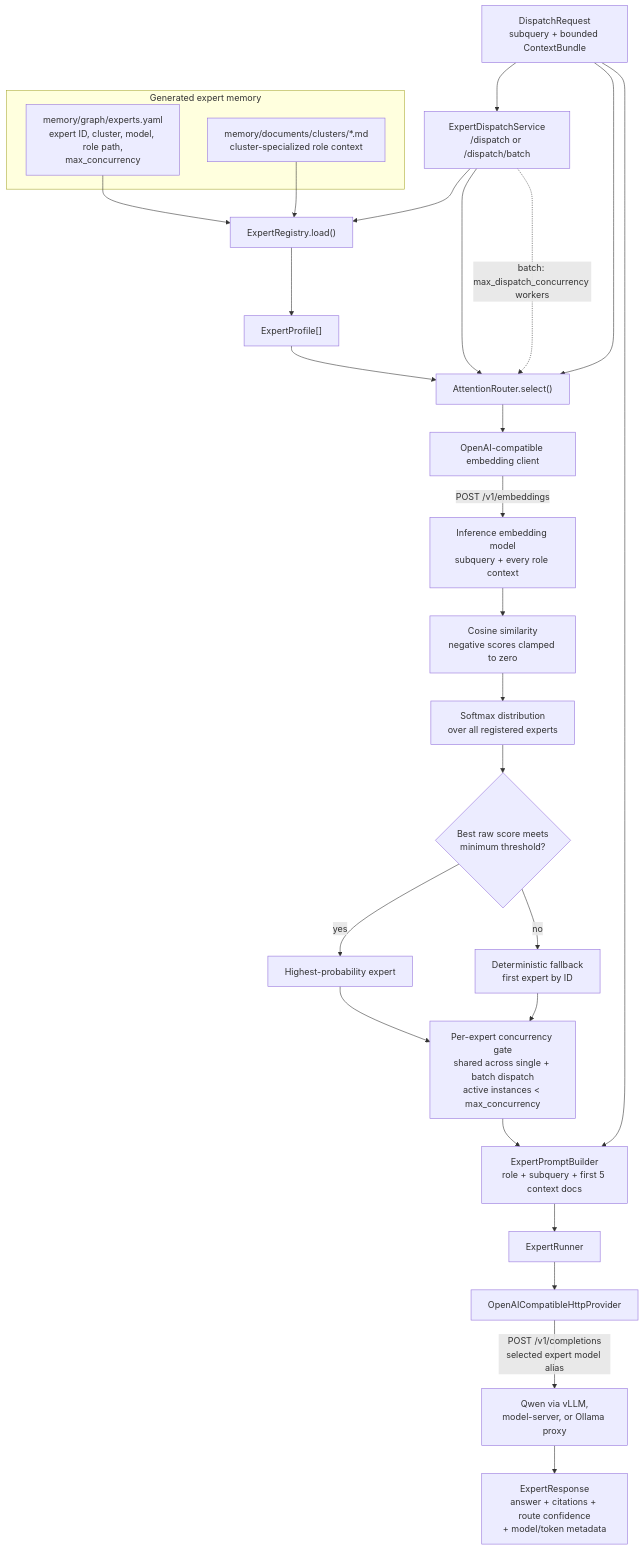
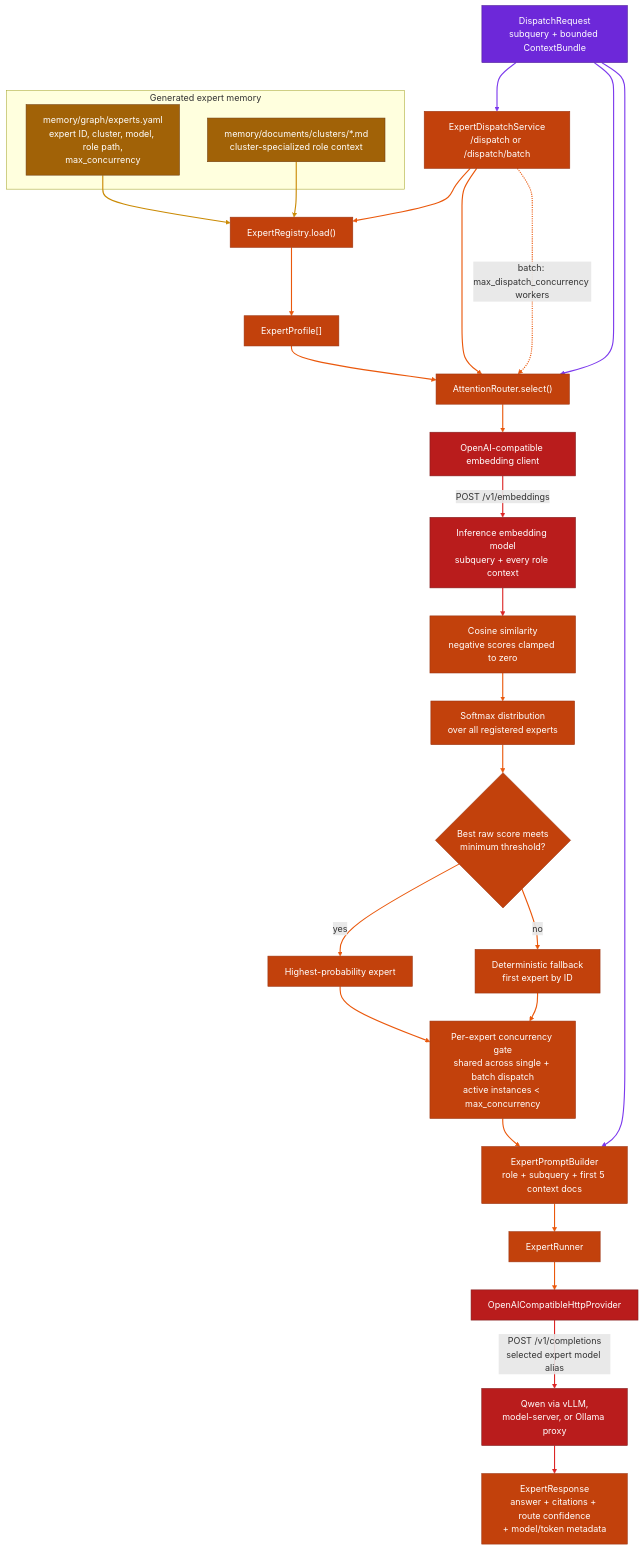
One commit to ForestDweller014/Dullahan changed the second of 4 diagrams in README.md. Above: the diagram before and after it, drawn with Mermaid. The commit also changed other lines of this file, not shown here.

First line of the commit message:
docs: Color-code architecture diagrams

````diff
--- a/README.md
+++ b/README.md
@@ -93,36 +120,51 @@
 ```mermaid
 flowchart TB
     Request["DispatchRequest<br/>subquery + bounded ContextBundle"] --> Service["ExpertDispatchService<br/>/dispatch or /dispatch/batch"]
 
     subgraph RegistryData["Generated expert memory"]
         ExpertsYaml["memory/graph/experts.yaml<br/>expert ID, cluster, model, role path,<br/>max_concurrency"]
         RoleDocs["memory/documents/clusters/*.md<br/>cluster-specialized role context"]
     end
 
     Service --> Registry["ExpertRegistry.load()"]
     ExpertsYaml --> Registry
     RoleDocs --> Registry
     Registry --> Profiles["ExpertProfile[]"]
 
     Service --> Router["AttentionRouter.select()"]
     Request --> Router
     Profiles --> Router
     Router --> EmbedClient["OpenAI-compatible embedding client"]
     EmbedClient -->|"POST /v1/embeddings"| EmbeddingModel["Inference embedding model<br/>subquery + every role context"]
     EmbeddingModel --> Similarity["Cosine similarity<br/>negative scores clamped to zero"]
     Similarity --> Softmax["Softmax distribution<br/>over all registered experts"]
     Softmax --> Threshold{"Best raw score meets<br/>minimum threshold?"}
     Threshold -->|"yes"| TopExpert["Highest-probability expert"]
     Threshold -->|"no"| Fallback["Deterministic fallback<br/>first expert by ID"]
 
     TopExpert --> Gate["Per-expert concurrency gate<br/>shared across single + batch dispatch<br/>active instances &lt; max_concurrency"]
     Fallback --> Gate
     Gate --> Prompt
     Request --> Prompt["ExpertPromptBuilder<br/>role + subquery + first 5 context docs"]
     Prompt --> Runner["ExpertRunner"]
     Runner --> Provider["OpenAICompatibleHttpProvider"]
     Provider -->|"POST /v1/completions<br/>selected expert model alias"| Generation["Qwen via vLLM,<br/>model-server, or Ollama proxy"]
     Generation --> Response["ExpertResponse<br/>answer + citations + route confidence<br/>+ model/token metadata"]
 
     Service -. "batch: max_dispatch_concurrency workers" .-> Router
+
+    class Request orchestration
+    class Service,Registry,Profiles,Router,Similarity,Softmax,Threshold,TopExpert,Fallback,Gate,Prompt,Runner,Response dispatchLayer
+    class ExpertsYaml,RoleDocs memoryLayer
+    class EmbedClient,EmbeddingModel,Provider,Generation inferenceLayer
+
+    classDef orchestration fill:#6D28D9,stroke:#4C1D95,color:#FFFFFF
+    classDef dispatchLayer fill:#C2410C,stroke:#9A3412,color:#FFFFFF
+    classDef inferenceLayer fill:#B91C1C,stroke:#7F1D1D,color:#FFFFFF
+    classDef memoryLayer fill:#A16207,stroke:#713F12,color:#FFFFFF
+
+    linkStyle 0,6,18 stroke:#7C3AED,stroke-width:2px
+    linkStyle 1,4,5,7,8,11,12,13,14,15,16,17,19,20,23 stroke:#EA580C,stroke-width:2px
+    linkStyle 2,3 stroke:#CA8A04,stroke-width:2px
+    linkStyle 9,10,21,22 stroke:#DC2626,stroke-width:2px
 ```
````
